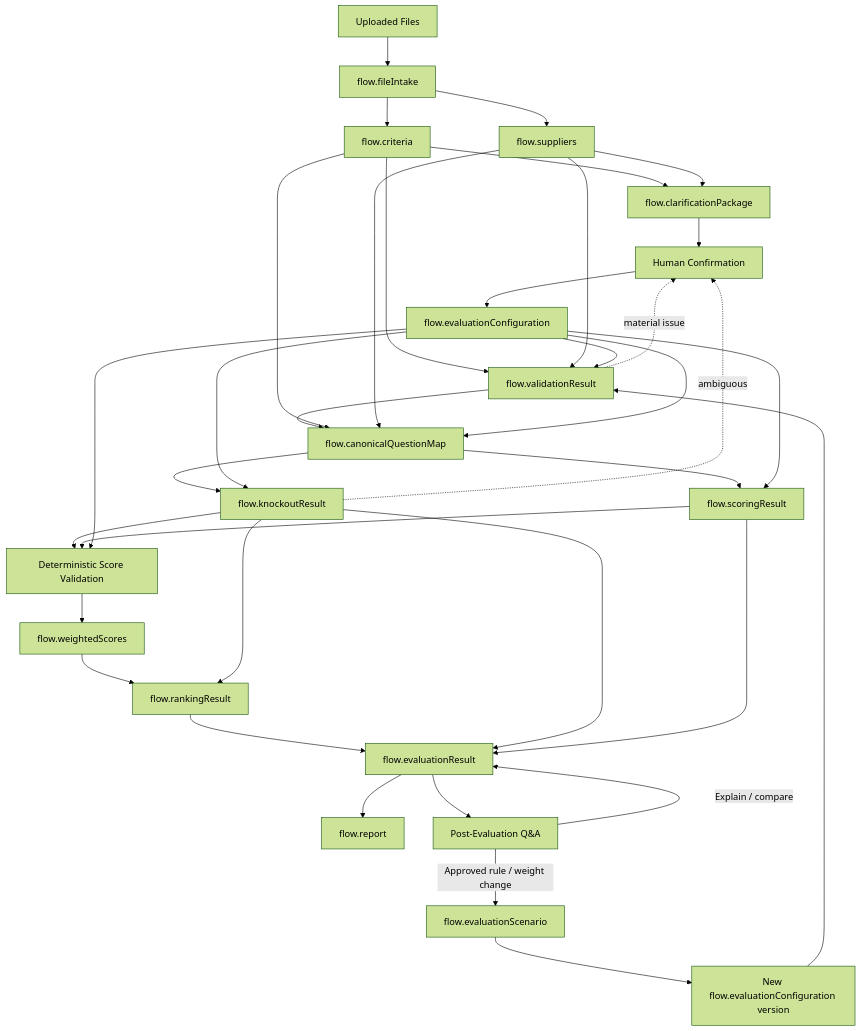
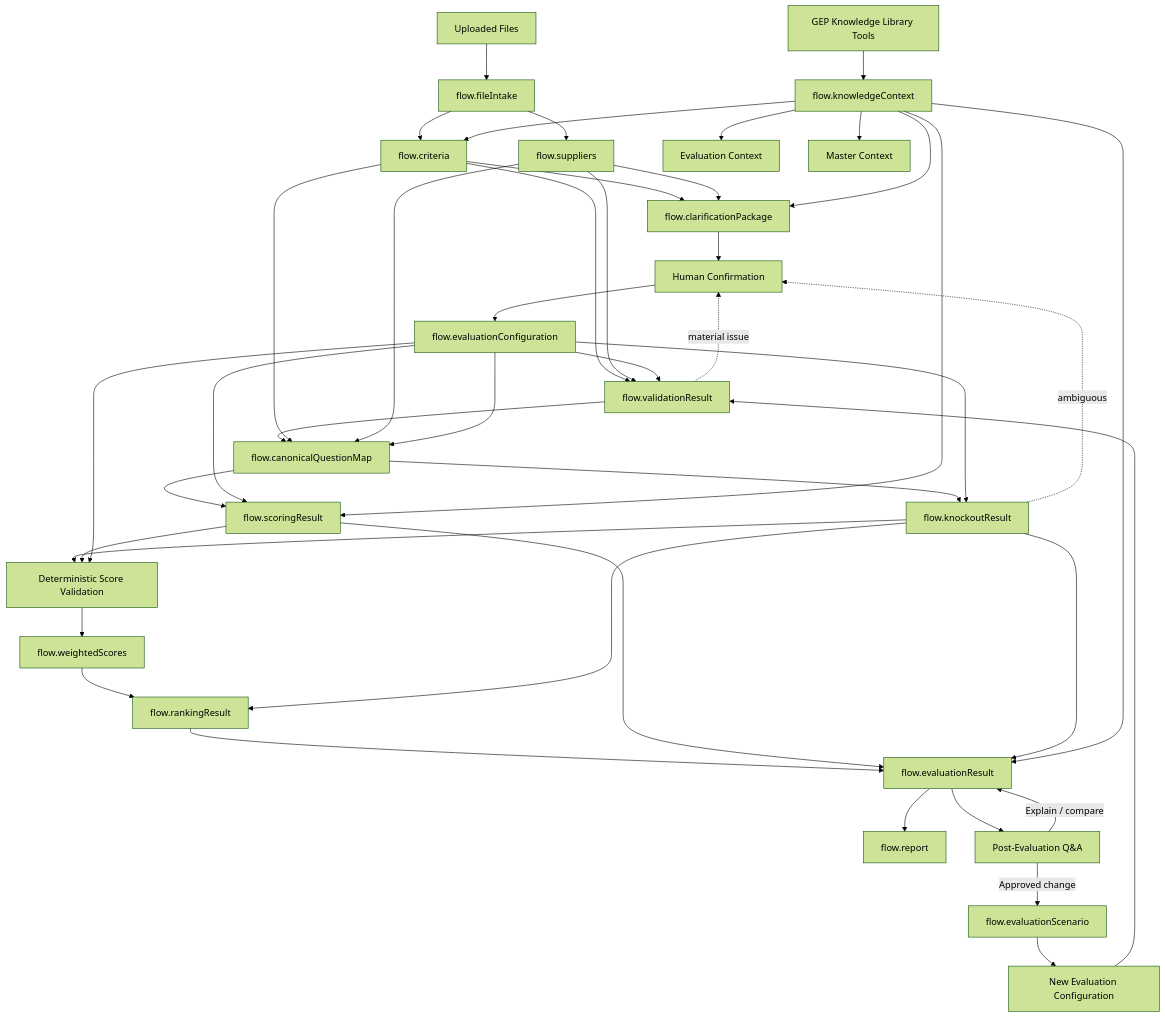
Before and after one commit to adityarane-ai/Agentic-Orchestrations: the diagram in Bid Analysis Agent/08 – Flow Variables.md, drawn with Mermaid (forest theme). The commit also changed other lines of this file, not shown here.

Commit message:
Add GEP knowledge context and lineage to Flow Variables

````diff
--- a/Bid Analysis Agent/08 – Flow Variables.md
+++ b/Bid Analysis Agent/08 – Flow Variables.md
@@ -21,46 +13,54 @@
 ```mermaid
 flowchart TD
     FILES[Uploaded Files] --> FI[flow.fileIntake]
     FI --> CRIT[flow.criteria]
     FI --> SUP[flow.suppliers]
+
+    KL[GEP Knowledge Library Tools] --> KC[flow.knowledgeContext]
+    KC --> CRIT
+    KC --> EVALCTX[Evaluation Context]
+    KC --> MASTER[Master Context]
+
     CRIT --> CLAR[flow.clarificationPackage]
     SUP --> CLAR
+    KC --> CLAR
     CLAR --> HUMAN[Human Confirmation]
     HUMAN --> CFG[flow.evaluationConfiguration]
 
     CRIT --> VAL[flow.validationResult]
     SUP --> VAL
     CFG --> VAL
-
     VAL --> CAN[flow.canonicalQuestionMap]
     CRIT --> CAN
     SUP --> CAN
     CFG --> CAN
 
+    CAN --> SCORE[flow.scoringResult]
+    CFG --> SCORE
+    KC --> SCORE
+
     CAN --> KO[flow.knockoutResult]
     CFG --> KO
-    CAN --> SCORE[flow.scoringResult]
-    CFG --> SCORE
 
     KO --> SCOREVAL[Deterministic Score Validation]
     SCORE --> SCOREVAL
     CFG --> SCOREVAL
-
     SCOREVAL --> WS[flow.weightedScores]
     WS --> RANK[flow.rankingResult]
     KO --> RANK
 
     RANK --> RESULT[flow.evaluationResult]
+    SCORE --> RESULT
     KO --> RESULT
-    SCORE --> RESULT
+    KC --> RESULT
 
     RESULT --> REPORT[flow.report]
     RESULT --> QA[Post-Evaluation Q&A]
     QA -->|Explain / compare| RESULT
-    QA -->|Approved rule / weight change| SCEN[flow.evaluationScenario]
-    SCEN --> CFG2[New flow.evaluationConfiguration version]
+    QA -->|Approved change| SCEN[flow.evaluationScenario]
+    SCEN --> CFG2[New Evaluation Configuration]
     CFG2 --> VAL
 
     KO -. ambiguous .-> HUMAN
     VAL -. material issue .-> HUMAN
 ```
````
